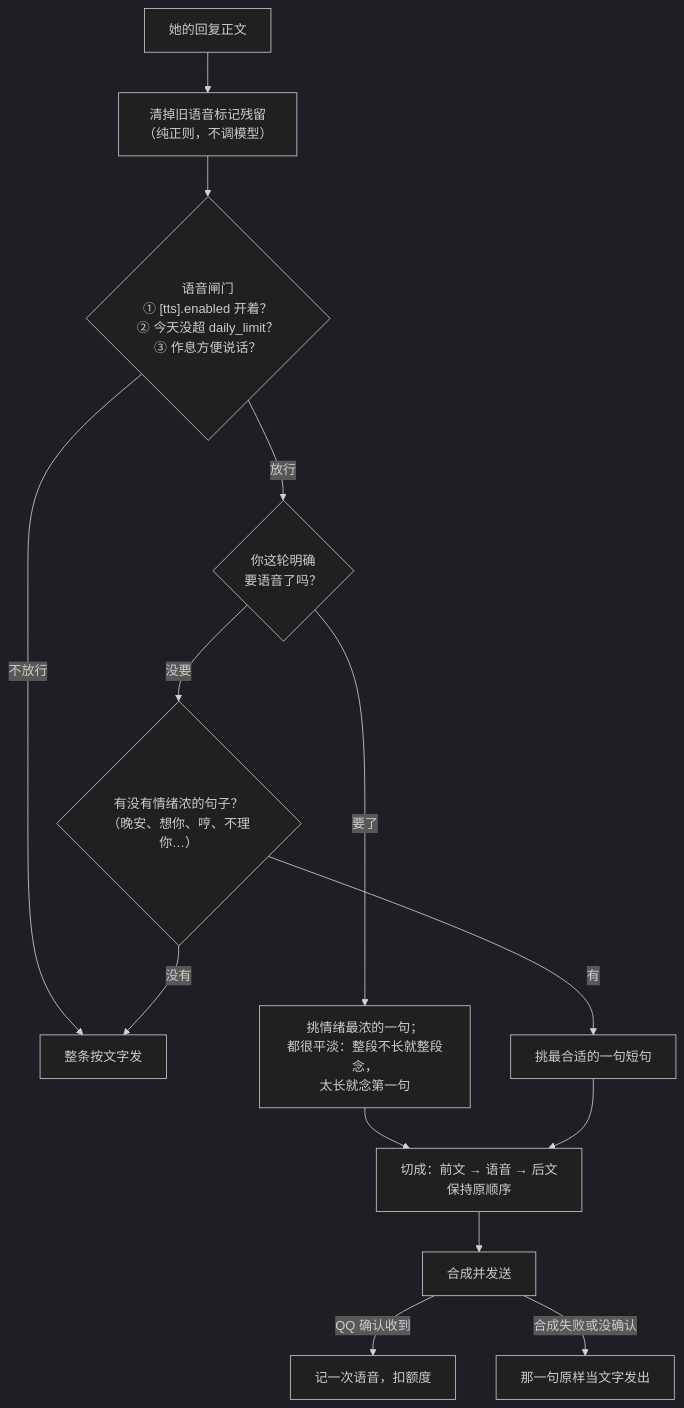
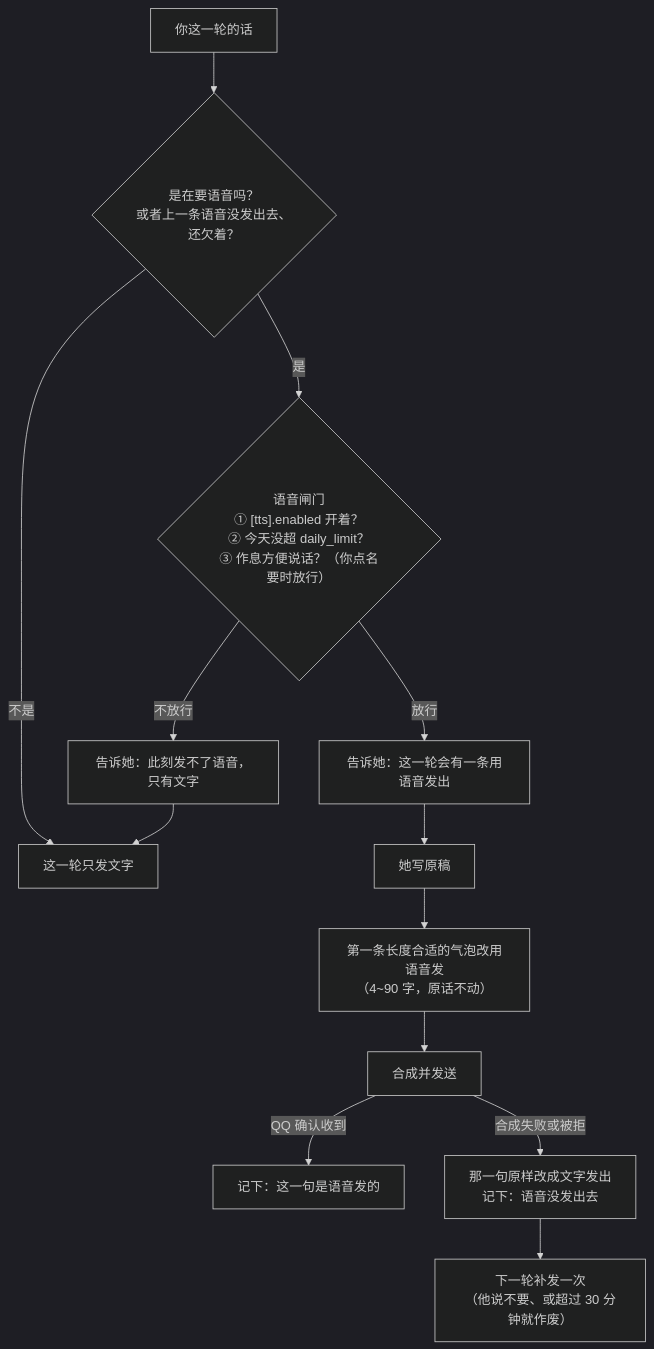
One commit to xinghefumeng0717/qq-companion-bot changed the tenth of 10 diagrams in docs/ARCHITECTURE.md. Above: the diagram before and after it, drawn with Mermaid (dark theme). The commit also changed other lines of this file and 11 other files, not shown here.

````diff
--- a/docs/ARCHITECTURE.md
+++ b/docs/ARCHITECTURE.md
@@ -449,16 +453,15 @@
 ```mermaid
 flowchart TD
-    R["她的回复正文"] --> C1["清掉旧语音标记残留<br/>（纯正则，不调模型）"]
-    C1 --> G{"语音闸门<br/>① [tts].enabled 开着？<br/>② 今天没超 daily_limit？<br/>③ 作息方便说话？"}
-    G -- "不放行" --> TXT["整条按文字发"]
-    G -- "放行" --> REQ{"你这轮明确<br/>要语音了吗？"}
-    REQ -- "要了" --> P1["挑情绪最浓的一句；<br/>都很平淡：整段不长就整段念，<br/>太长就念第一句"]
-    REQ -- "没要" --> P2{"有没有情绪浓的句子？<br/>（晚安、想你、哼、不理你…）"}
-    P2 -- "没有" --> TXT
-    P2 -- "有" --> P3["挑最合适的一句短句"]
-    P1 --> SP["切成：前文 → 语音 → 后文<br/>保持原顺序"]
-    P3 --> SP
-    SP --> SEND["合成并发送"]
-    SEND -- "QQ 确认收到" --> OK["记一次语音，扣额度"]
-    SEND -- "合成失败或没确认" --> FB["那一句原样当文字发出"]
+    U["你这一轮的话"] --> REQ{"是在要语音吗？<br/>或者上一条语音没发出去、还欠着？"}
+    REQ -- "不是" --> TXT["这一轮只发文字"]
+    REQ -- "是" --> G{"语音闸门<br/>① [tts].enabled 开着？<br/>② 今天没超 daily_limit？<br/>③ 作息方便说话？（你点名要时放行）"}
+    G -- "不放行" --> F0["告诉她：此刻发不了语音，只有文字"]
+    F0 --> TXT
+    G -- "放行" --> F1["告诉她：这一轮会有一条用语音发出"]
+    F1 --> W["她写原稿"]
+    W --> P["第一条长度合适的气泡改用语音发<br/>（4~90 字，原话不动）"]
+    P --> SEND["合成并发送"]
+    SEND -- "QQ 确认收到" --> OK["记下：这一句是语音发的"]
+    SEND -- "合成失败或被拒" --> FB["那一句原样改成文字发出<br/>记下：语音没发出去"]
+    FB --> RETRY["下一轮补发一次<br/>（他说不要、或超过 30 分钟就作废）"]
 ```
````
